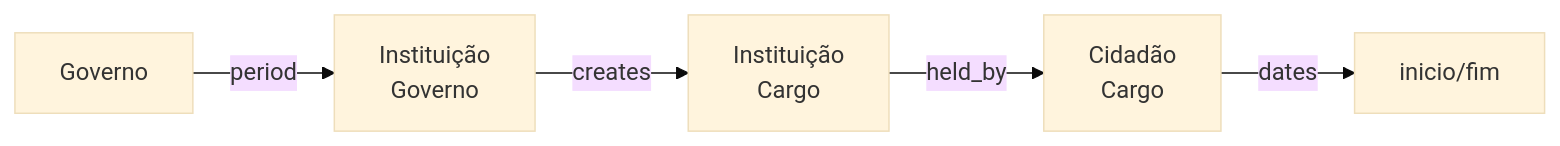
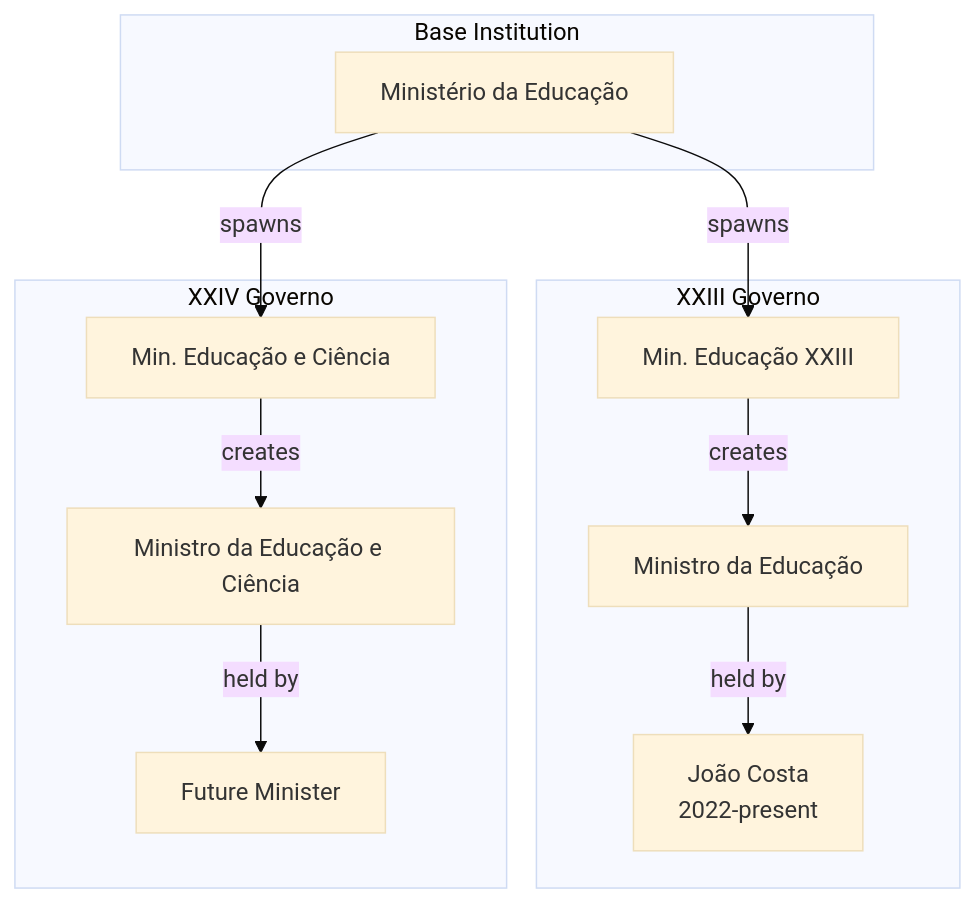
One commit to CarlosLiberJesus/obsidian-vault changed the second of 3 diagrams in vault/BeWhyOrg/InServer/Backend/Database/Entity-CidadaoCargo.md. Above: the diagram before and after it, drawn with Mermaid (base theme). The commit also changed other lines of this file and 11 other files, not shown here.

````diff
--- a/vault/BeWhyOrg/InServer/Backend/Database/Entity-CidadaoCargo.md
+++ b/vault/BeWhyOrg/InServer/Backend/Database/Entity-CidadaoCargo.md
@@ -51,7 +51,18 @@
 ```mermaid
-graph LR
-    G[Governo] --> |period| IG[Instituição<br/>Governo]
-    IG --> |creates| IC[Instituição<br/>Cargo]
-    IC --> |held_by| CC[Cidadão<br/>Cargo]
-    CC --> |dates| T[inicio/fim]
+graph TD
+    subgraph "Base Institution"
+        IB[Ministério da Educação]
+    end
+    
+    subgraph "XXIII Governo"
+        IB --> |spawns| IG1[Min. Educação XXIII]
+        IG1 --> |creates| IC1[Ministro da Educação]
+        IC1 --> |held by| CC1[João Costa<br>2022-present]
+    end
+    
+    subgraph "XXIV Governo"
+        IB --> |spawns| IG2[Min. Educação e Ciência]
+        IG2 --> |creates| IC2[Ministro da Educação e Ciência]
+        IC2 --> |held by| CC2[Future Minister]
+    end
 ```
````
